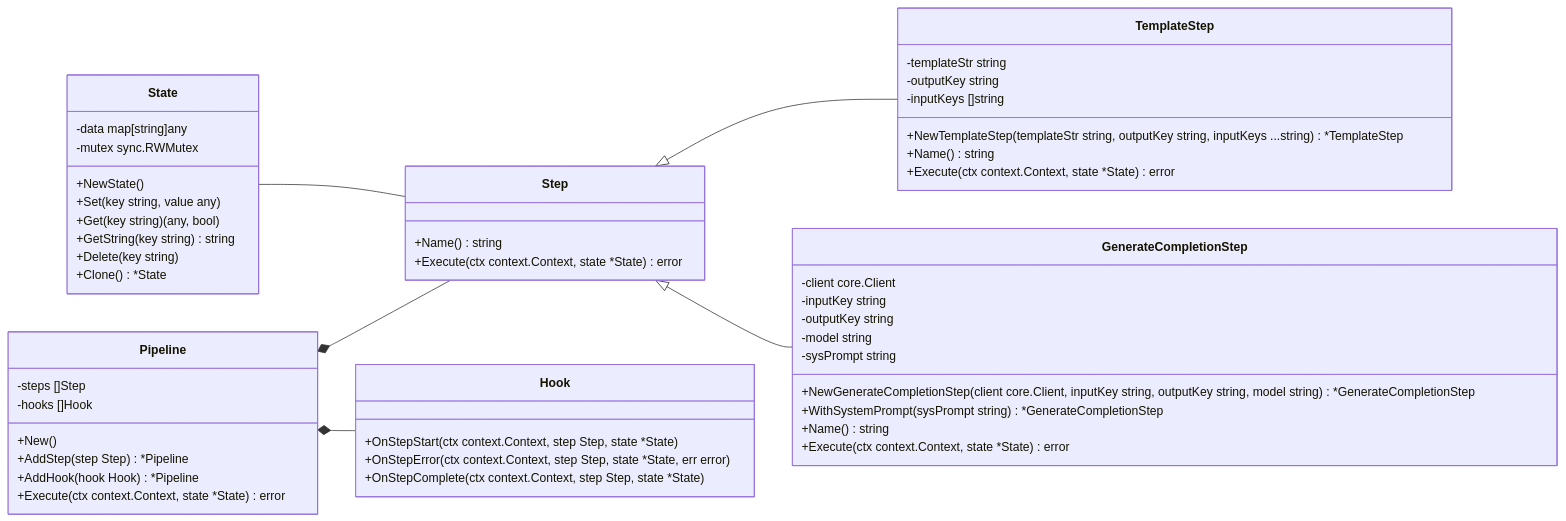
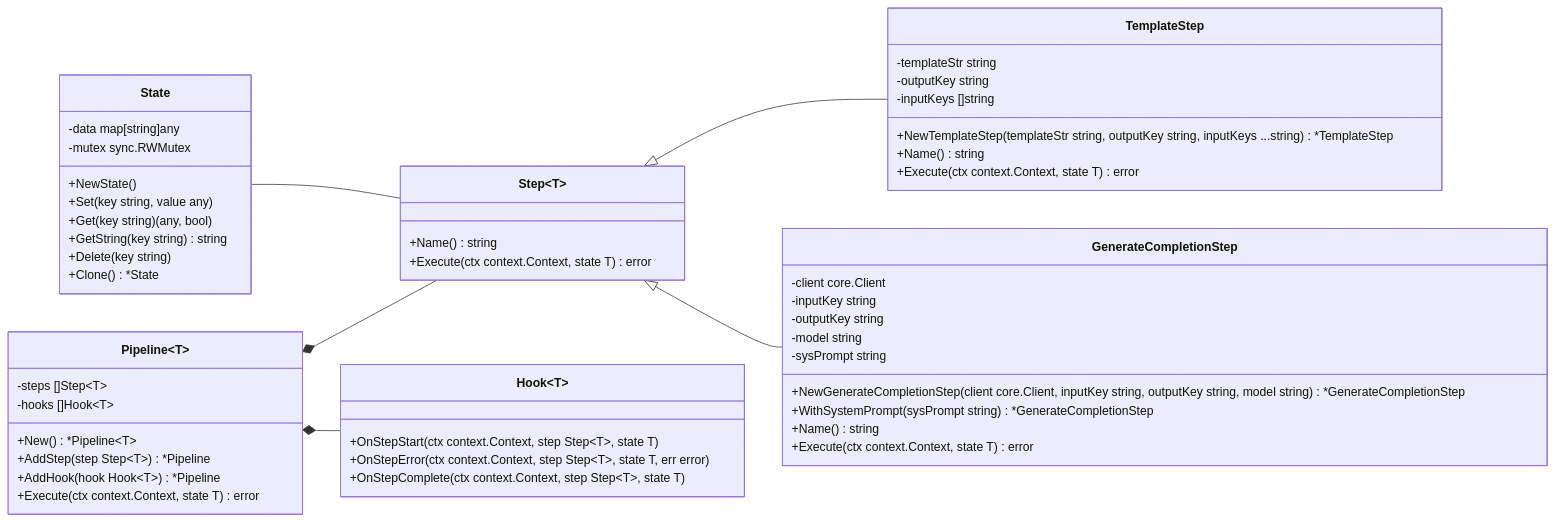
Before and after one commit to DotNetAge/gochat: the second of 2 diagrams in pkg/pipeline/ARCHITECTURE.md, drawn with Mermaid. The commit also changed other lines of this file and 5 other files, not shown here.

````diff
--- a/pkg/pipeline/ARCHITECTURE.md
+++ b/pkg/pipeline/ARCHITECTURE.md
@@ -36,62 +38,62 @@
 ```mermaid
 classDiagram
     direction LR
     
-    class Pipeline {
-        -steps []Step
-        -hooks []Hook
-        +New()
-        +AddStep(step Step) *Pipeline
-        +AddHook(hook Hook) *Pipeline
-        +Execute(ctx context.Context, state *State) error
+    class Pipeline~T~ {
+        -steps []Step~T~
+        -hooks []Hook~T~
+        +New() *Pipeline~T~
+        +AddStep(step Step~T~) *Pipeline
+        +AddHook(hook Hook~T~) *Pipeline
+        +Execute(ctx context.Context, state T) error
     }
     
     class State {
         -data map[string]any
         -mutex sync.RWMutex
         +NewState()
         +Set(key string, value any)
         +Get(key string) (any, bool)
         +GetString(key string) string
         +Delete(key string)
         +Clone() *State
     }
     
-    class Step {
+    class Step~T~ {
         +Name() string
-        +Execute(ctx context.Context, state *State) error
+        +Execute(ctx context.Context, state T) error
     }
     
-    class Hook {
-        +OnStepStart(ctx context.Context, step Step, state *State)
-        +OnStepError(ctx context.Context, step Step, state *State, err error)
-        +OnStepComplete(ctx context.Context, step Step, state *State)
+    class Hook~T~ {
+        +OnStepStart(ctx context.Context, step Step~T~, state T)
+        +OnStepError(ctx context.Context, step Step~T~, state T, err error)
+        +OnStepComplete(ctx context.Context, step Step~T~, state T)
     }
     
     class TemplateStep {
         -templateStr string
         -outputKey string
         -inputKeys []string
         +NewTemplateStep(templateStr string, outputKey string, inputKeys ...string) *TemplateStep
         +Name() string
-        +Execute(ctx context.Context, state *State) error
+        +Execute(ctx context.Context, state T) error
     }
     
     class GenerateCompletionStep {
         -client core.Client
         -inputKey string
         -outputKey string
         -model string
         -sysPrompt string
         +NewGenerateCompletionStep(client core.Client, inputKey string, outputKey string, model string) *GenerateCompletionStep
         +WithSystemPrompt(sysPrompt string) *GenerateCompletionStep
         +Name() string
-        +Execute(ctx context.Context, state *State) error
+        +Execute(ctx context.Context, state T) error
     }
     
     Pipeline *-- Step
     Pipeline *-- Hook
     State -- Step
     Step <|-- TemplateStep
     Step <|-- GenerateCompletionStep
 ```
````
